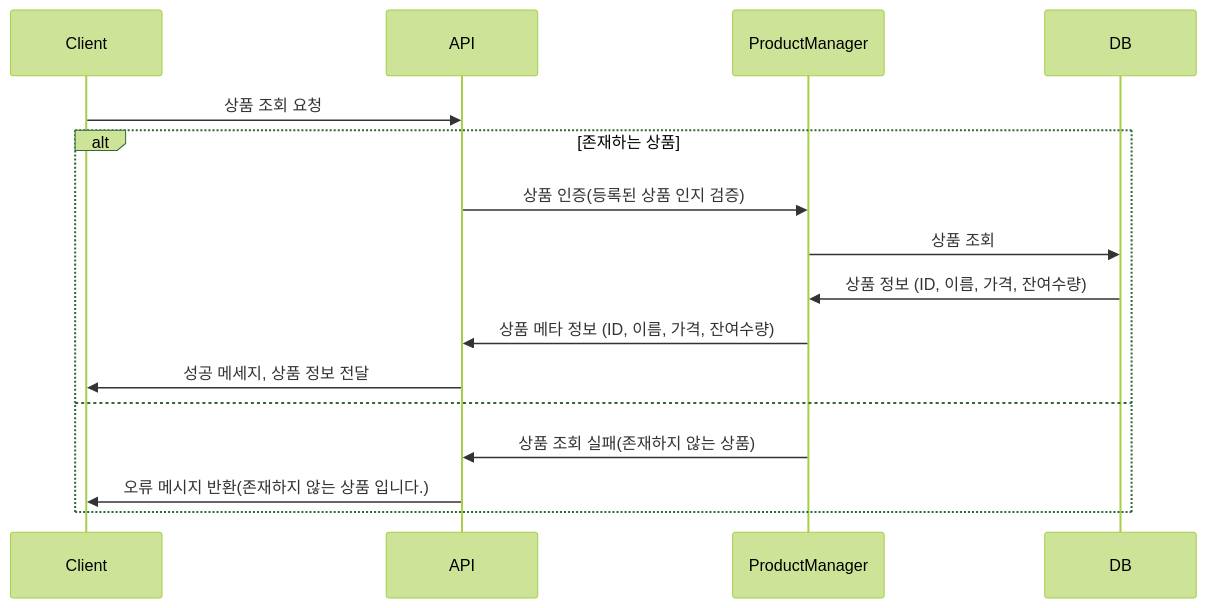
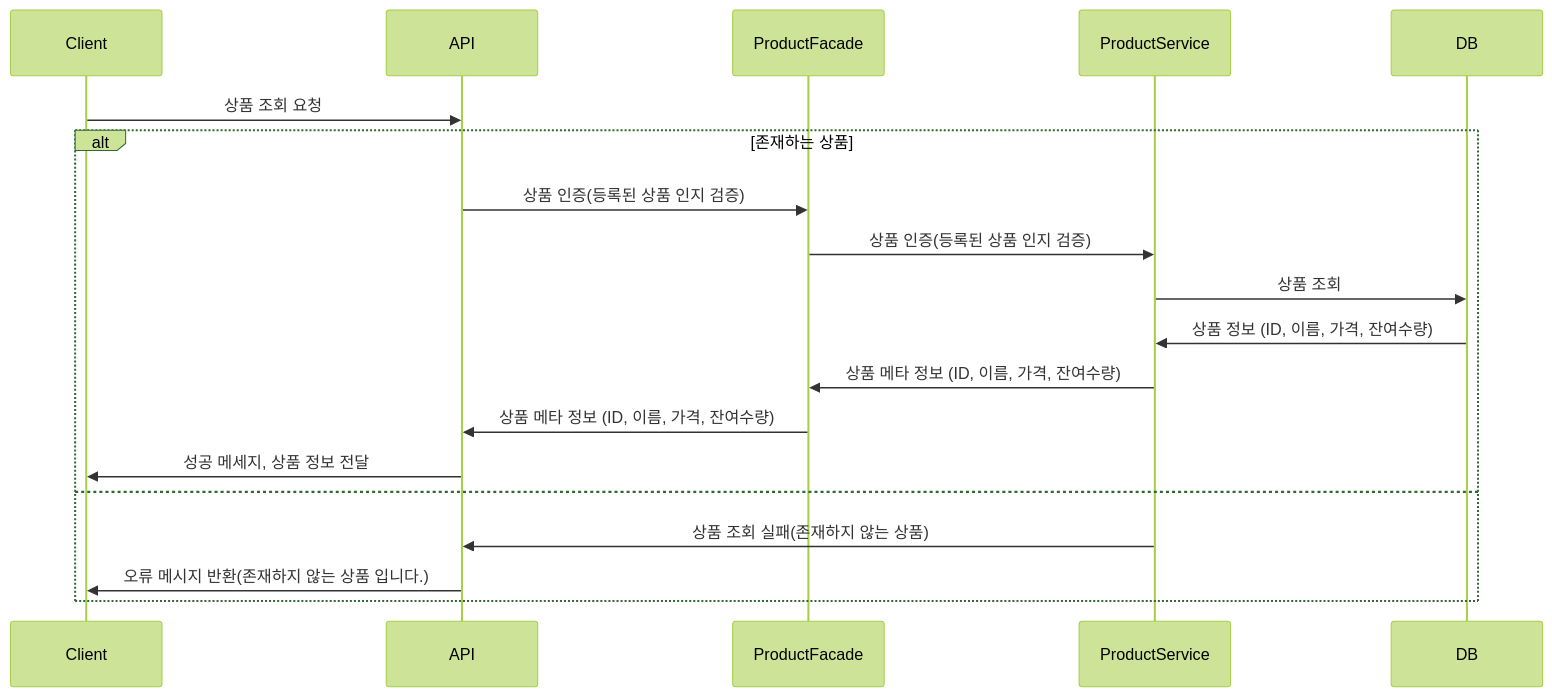
Before and after one commit to LeeJeongGi/hhplus-03-ecommerce: the third of 8 diagrams in docs/EventSequence.md, drawn with Mermaid (forest theme). The commit also changed other lines of this file, not shown here.

Commit message:
feat : 이벤트 시퀀스 재정비, Facade 클래스 추가, Manager -> service 이름 수정, 주문,결제 API 두개로 분리

````diff
--- a/docs/EventSequence.md
+++ b/docs/EventSequence.md
@@ -61,19 +70,22 @@
 ```mermaid
 sequenceDiagram
     participant Client
     participant API
-    participant ProductManager
+    participant ProductFacade
+    participant ProductService
     participant DB
 
     Client ->> API: 상품 조회 요청
     alt 존재하는 상품
-        API ->> ProductManager: 상품 인증(등록된 상품 인지 검증)
-        ProductManager ->> DB: 상품 조회
-        DB ->> ProductManager: 상품 정보 (ID, 이름, 가격, 잔여수량)
-        ProductManager ->> API: 상품 메타 정보 (ID, 이름, 가격, 잔여수량)
+        API ->> ProductFacade: 상품 인증(등록된 상품 인지 검증)
+        ProductFacade ->> ProductService: 상품 인증(등록된 상품 인지 검증)
+        ProductService ->> DB: 상품 조회
+        DB ->> ProductService: 상품 정보 (ID, 이름, 가격, 잔여수량)
+        ProductService ->> ProductFacade: 상품 메타 정보 (ID, 이름, 가격, 잔여수량)
+        ProductFacade ->> API: 상품 메타 정보 (ID, 이름, 가격, 잔여수량)
         API ->> Client: 성공 메세지, 상품 정보 전달
     else
-        ProductManager ->> API: 상품 조회 실패(존재하지 않는 상품)
+        ProductService ->> API: 상품 조회 실패(존재하지 않는 상품)
         API ->> Client: 오류 메시지 반환(존재하지 않는 상품 입니다.)
     end
 ```
````
